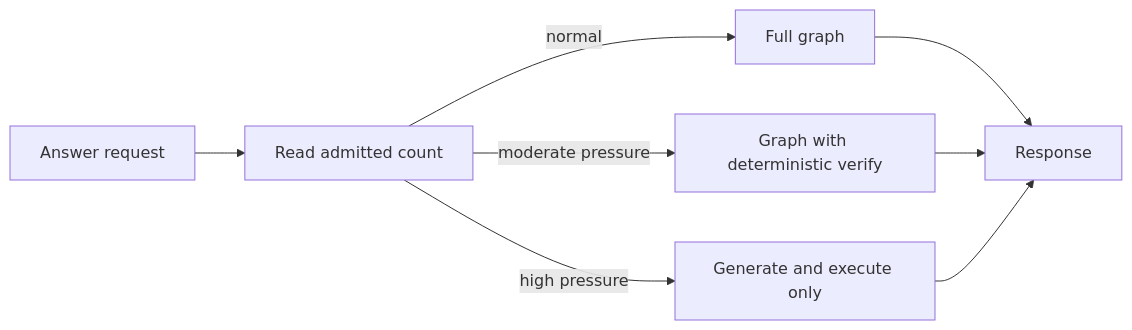
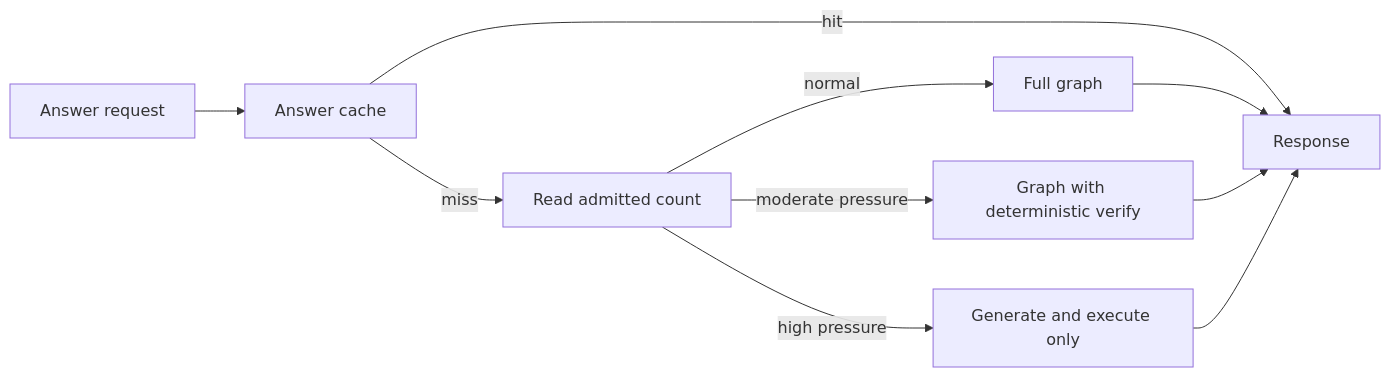
Before and after one commit to khab40/mlops-hw3: the sixth of 10 diagrams in assets/docs/ARCHITECTURE.md, drawn with Mermaid. The commit also changed other lines of this file and 7 other files, not shown here.

````diff
--- a/assets/docs/ARCHITECTURE.md
+++ b/assets/docs/ARCHITECTURE.md
@@ -110,10 +114,12 @@
 ```mermaid
 flowchart LR
-    Request["Answer request"] --> Pressure["Read admitted count"]
+    Request["Answer request"] --> Cache["Answer cache"]
+    Cache -->|hit| Response["Response"]
+    Cache -->|miss| Pressure["Read admitted count"]
     Pressure -->|normal| FullGraph["Full graph"]
     Pressure -->|moderate pressure| DetOnly["Graph with deterministic verify"]
     Pressure -->|high pressure| FastPath["Generate and execute only"]
     FullGraph --> Response["Response"]
     DetOnly --> Response
     FastPath --> Response
 ```
````
